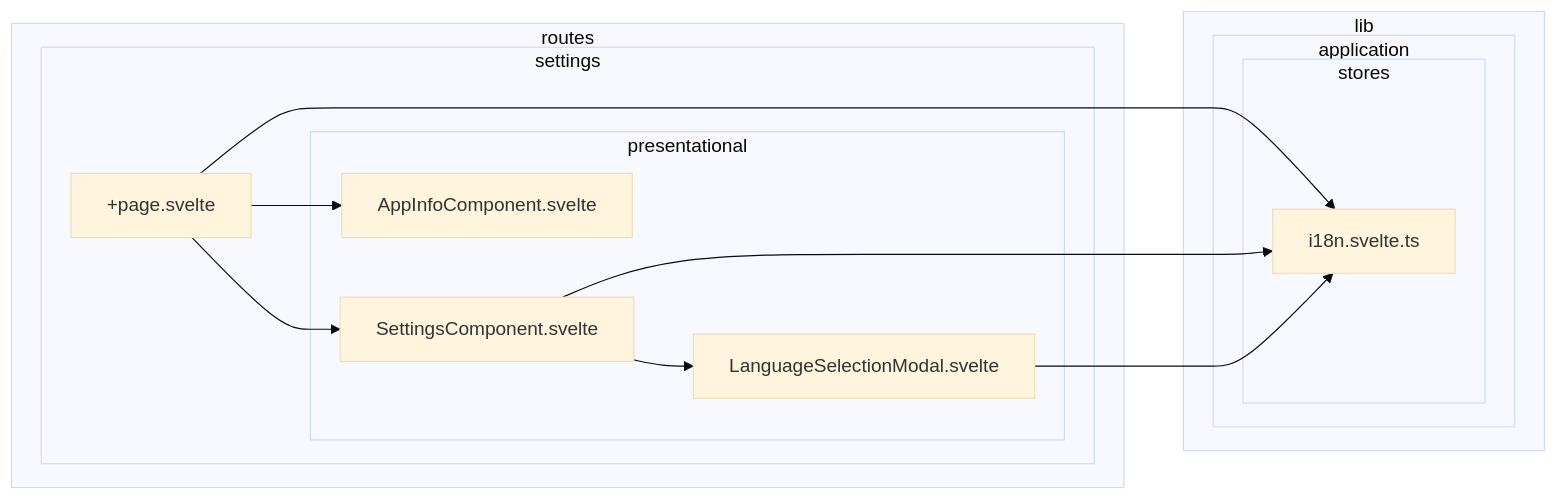
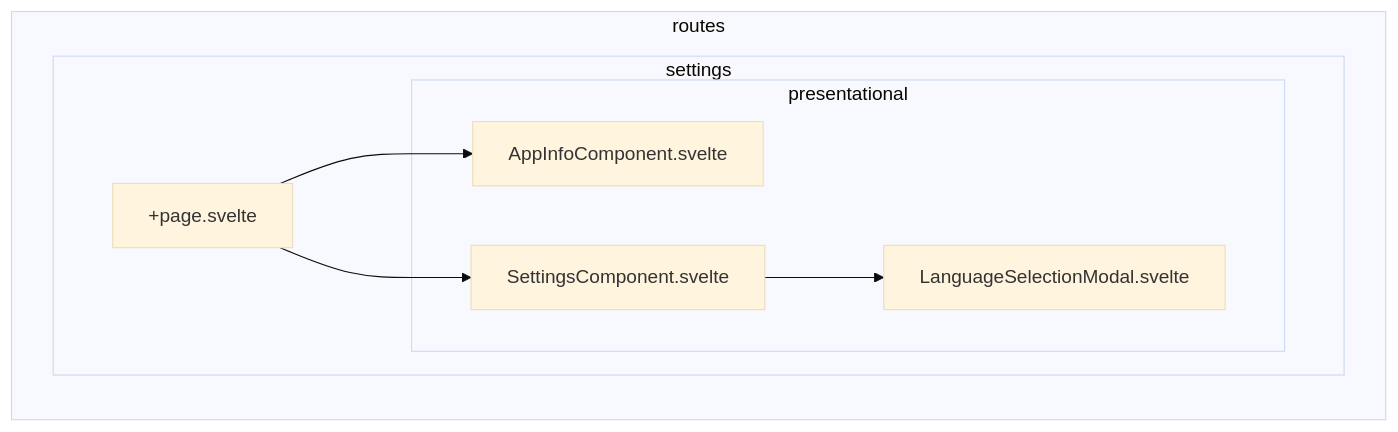
The fourth of 38 diagrams in doc/dependency-graph.md (k5n/kotonoha), drawn with Mermaid (base theme) before and after one commit. The commit also changed other lines of this file and 1 other file, not shown here.

Commit message:
refactor: Exclude i18n store from presentation layer dependency graphs to reduce noise

````diff
--- a/doc/dependency-graph.md
+++ b/doc/dependency-graph.md
@@ -243,26 +210,16 @@
 ```mermaid
 graph LR
-        subgraph sg_lib ["lib"]
-            subgraph sg_lib_application ["application"]
-                subgraph sg_lib_application_stores ["stores"]
-                    src_lib_application_stores_i18n_svelte_ts["i18n.svelte.ts"]
-                end
-            end
-        end
         subgraph sg_routes ["routes"]
             subgraph sg_routes_settings ["settings"]
                 src_routes_settings__page_svelte["+page.svelte"]
                 subgraph sg_routes_settings_presentational ["presentational"]
                     src_routes_settings_presentational_AppInfoComponent_svelte["AppInfoComponent.svelte"]
                     src_routes_settings_presentational_LanguageSelectionModal_svelte["LanguageSelectionModal.svelte"]
                     src_routes_settings_presentational_SettingsComponent_svelte["SettingsComponent.svelte"]
                 end
             end
         end
-    src_routes_settings__page_svelte --> src_lib_application_stores_i18n_svelte_ts
     src_routes_settings__page_svelte --> src_routes_settings_presentational_AppInfoComponent_svelte
     src_routes_settings__page_svelte --> src_routes_settings_presentational_SettingsComponent_svelte
-    src_routes_settings_presentational_SettingsComponent_svelte --> src_lib_application_stores_i18n_svelte_ts
     src_routes_settings_presentational_SettingsComponent_svelte --> src_routes_settings_presentational_LanguageSelectionModal_svelte
-    src_routes_settings_presentational_LanguageSelectionModal_svelte --> src_lib_application_stores_i18n_svelte_ts
 ```
````
